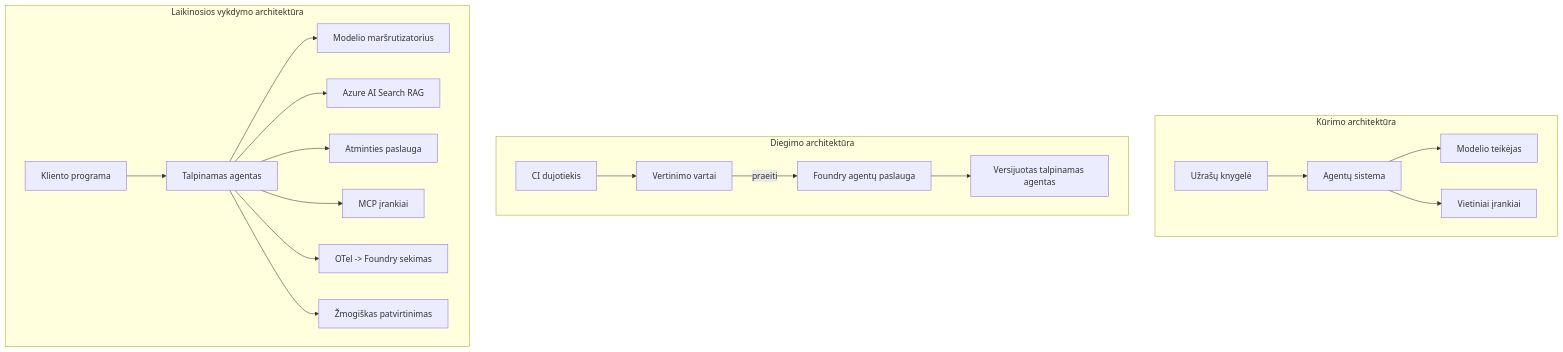
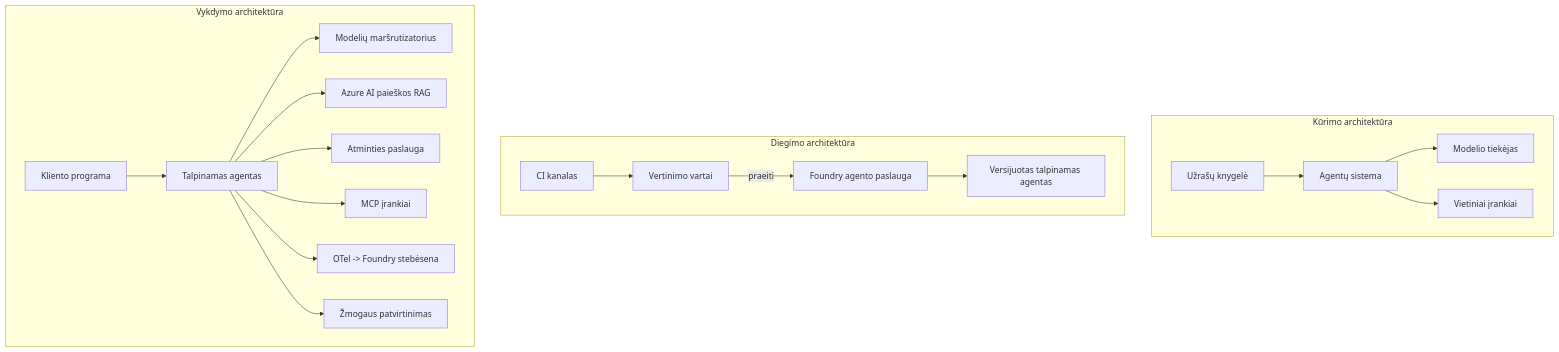
One commit to gabrielmoreira/agent-skills-mirror changed the fourth of 4 diagrams in mirrors/repos/microsoft@ai-agents-for-beginners/translations/lt/16-deploying-scalable-agents/README.md. Above: the diagram before and after it, drawn with Mermaid. The commit also changed other lines of this file and 4262 other files, not shown here.

````diff
--- a/mirrors/repos/microsoft@ai-agents-for-beginners/translations/lt/16-deploying-scalable-agents/README.md
+++ b/mirrors/repos/microsoft@ai-agents-for-beginners/translations/lt/16-deploying-scalable-agents/README.md
@@ -185,22 +185,22 @@
 ```mermaid
 flowchart TB
     subgraph Dev[Kūrimo architektūra]
         D1[Užrašų knygelė] --> D2[Agentų sistema]
-        D2 --> D3[Modelio teikėjas]
+        D2 --> D3[Modelio tiekėjas]
         D2 --> D4[Vietiniai įrankiai]
     end
     subgraph Deploy[Diegimo architektūra]
-        E1[CI dujotiekis] --> E2[Vertinimo vartai]
-        E2 -->|praeiti| E3[Foundry agentų paslauga]
+        E1[CI kanalas] --> E2[Vertinimo vartai]
+        E2 -->|praeiti| E3[Foundry agento paslauga]
         E3 --> E4[Versijuotas talpinamas agentas]
     end
-    subgraph Run[Laikinosios vykdymo architektūra]
+    subgraph Run[Vykdymo architektūra]
         F1[Kliento programa] --> F2[Talpinamas agentas]
-        F2 --> F3[Modelio maršrutizatorius]
-        F2 --> F4[Azure AI Search RAG]
+        F2 --> F3[Modelių maršrutizatorius]
+        F2 --> F4[Azure AI paieškos RAG]
         F2 --> F5[Atminties paslauga]
         F2 --> F6[MCP įrankiai]
-        F2 --> F7[OTel -> Foundry sekimas]
-        F2 --> F8[Žmogiškas patvirtinimas]
+        F2 --> F7[OTel -> Foundry stebėsena]
+        F2 --> F8[Žmogaus patvirtinimas]
     end
 ```
````
